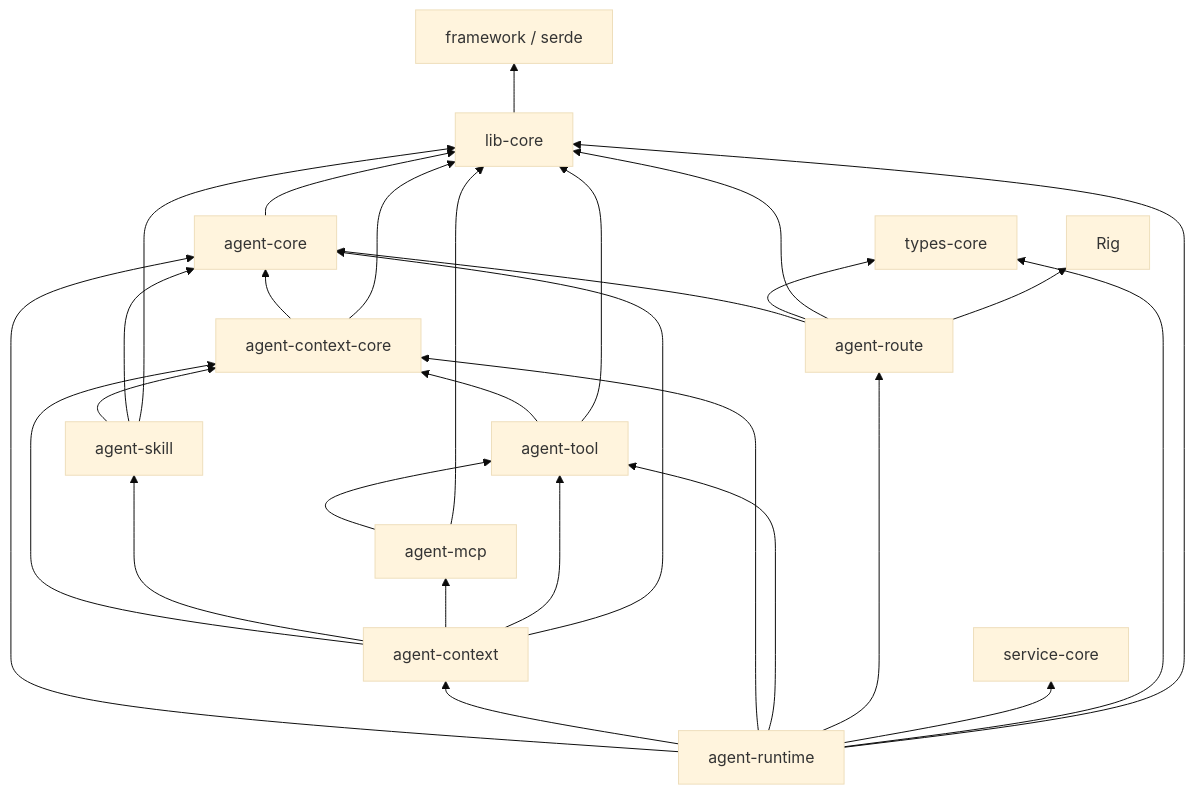
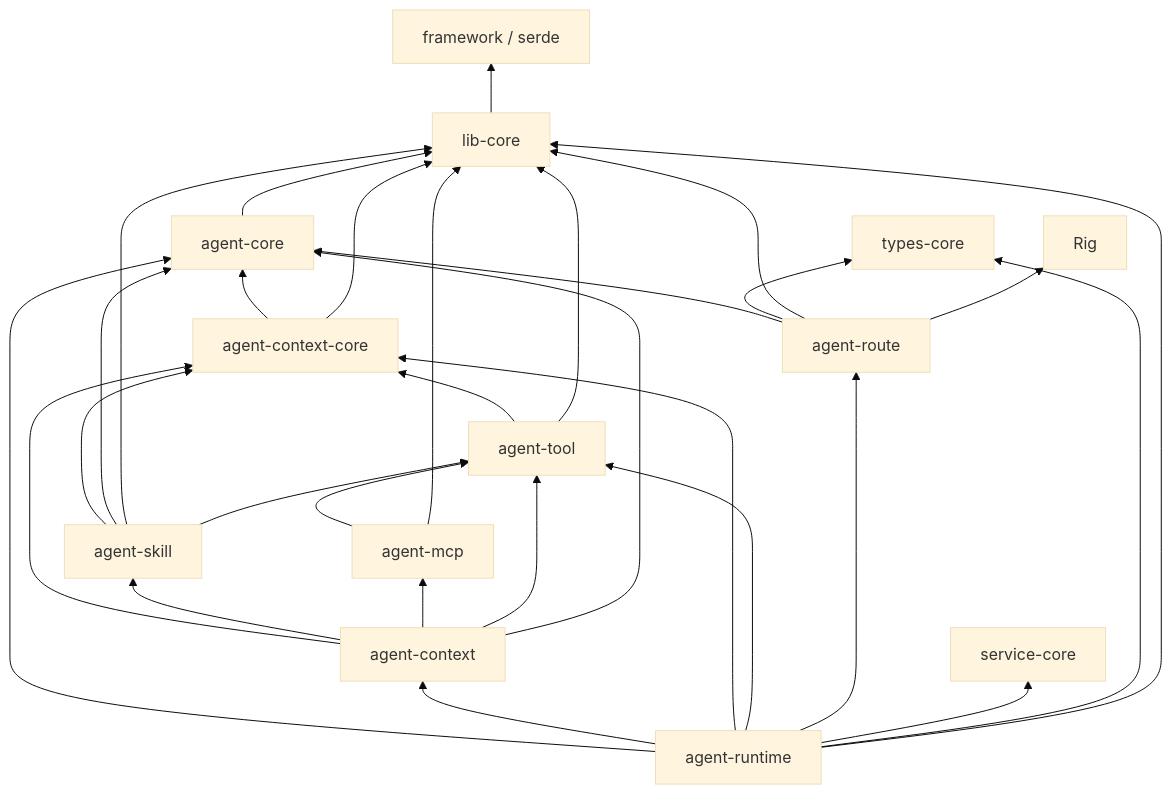
One commit to lingting/lingting-agent changed the third of 5 diagrams in docs/workspace.md. Above: the diagram before and after it, drawn with Mermaid (base theme). The commit also changed other lines of this file and 21 other files, not shown here.

````diff
--- a/docs/workspace.md
+++ b/docs/workspace.md
@@ -721,31 +731,32 @@
 ```mermaid
 flowchart BT
     libcore["lib-core"] --> ext["framework / serde"]
     agentcore["agent-core"] --> libcore
     ctxcore["agent-context-core"] --> agentcore
     ctxcore --> libcore
     skill["agent-skill"] --> ctxcore
     skill --> agentcore
     skill --> libcore
+    skill --> tool
     tool["agent-tool"] --> ctxcore
     tool --> libcore
     mcp["agent-mcp"] --> tool
     mcp --> libcore
     ctx["agent-context"] --> ctxcore
     ctx --> skill
     ctx --> mcp
     ctx --> tool
     ctx --> agentcore
     route["agent-route"] --> agentcore
     route --> typescore["types-core"]
     route --> libcore
     route --> rig["Rig"]
     runtime["agent-runtime"] --> agentcore
     runtime --> ctx
     runtime --> ctxcore
     runtime --> tool
     runtime --> route
     runtime --> servicecore["service-core"]
     runtime --> typescore
     runtime --> libcore
 ```
````
